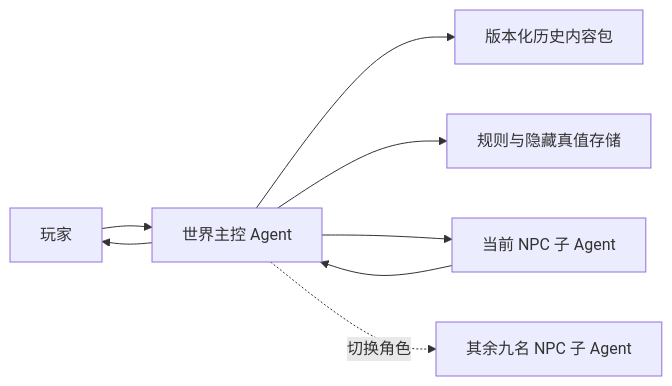
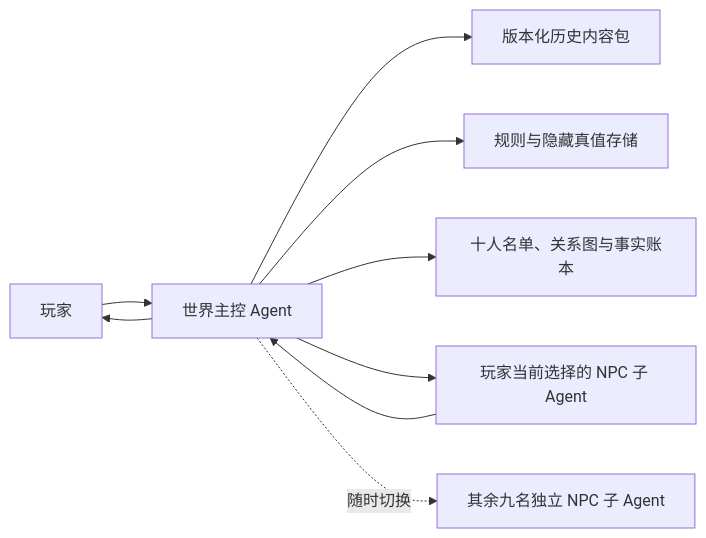
Before and after one commit to zmhhaha/panghu_game: the diagram in TeWu/GAME_PLAN.md, drawn with Mermaid. The commit also changed other lines of this file and 4 other files, not shown here.

````diff
--- a/TeWu/GAME_PLAN.md
+++ b/TeWu/GAME_PLAN.md
@@ -105,10 +105,11 @@
 ```mermaid
 flowchart LR
   P["玩家"] --> C["世界主控 Agent"]
   C --> H["版本化历史内容包"]
   C --> R["规则与隐藏真值存储"]
-  C --> N["当前 NPC 子 Agent"]
+  C --> L["十人名单、关系图与事实账本"]
+  C --> N["玩家当前选择的 NPC 子 Agent"]
   N --> C
   C --> P
-  C -.切换角色.-> Q["其余九名 NPC 子 Agent"]
+  C -.随时切换.-> Q["其余九名独立 NPC 子 Agent"]
 ```
````
